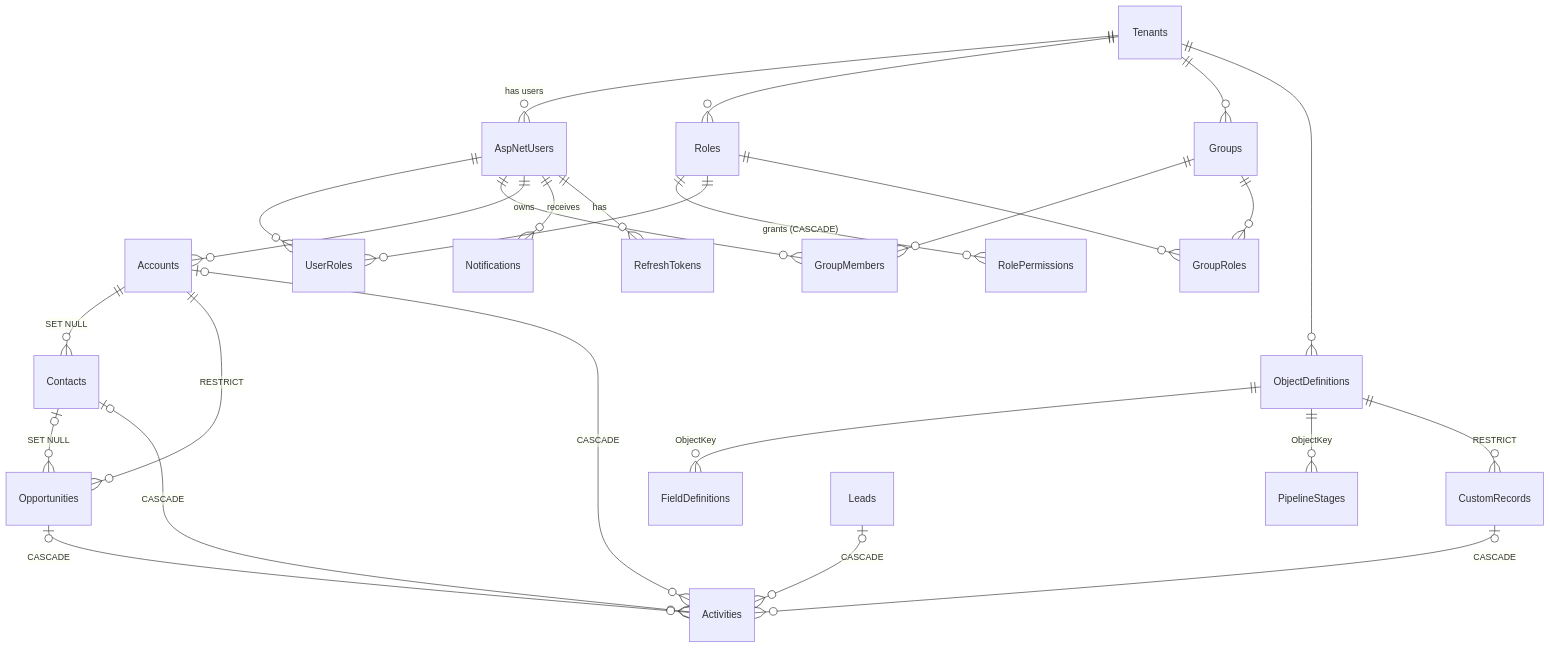
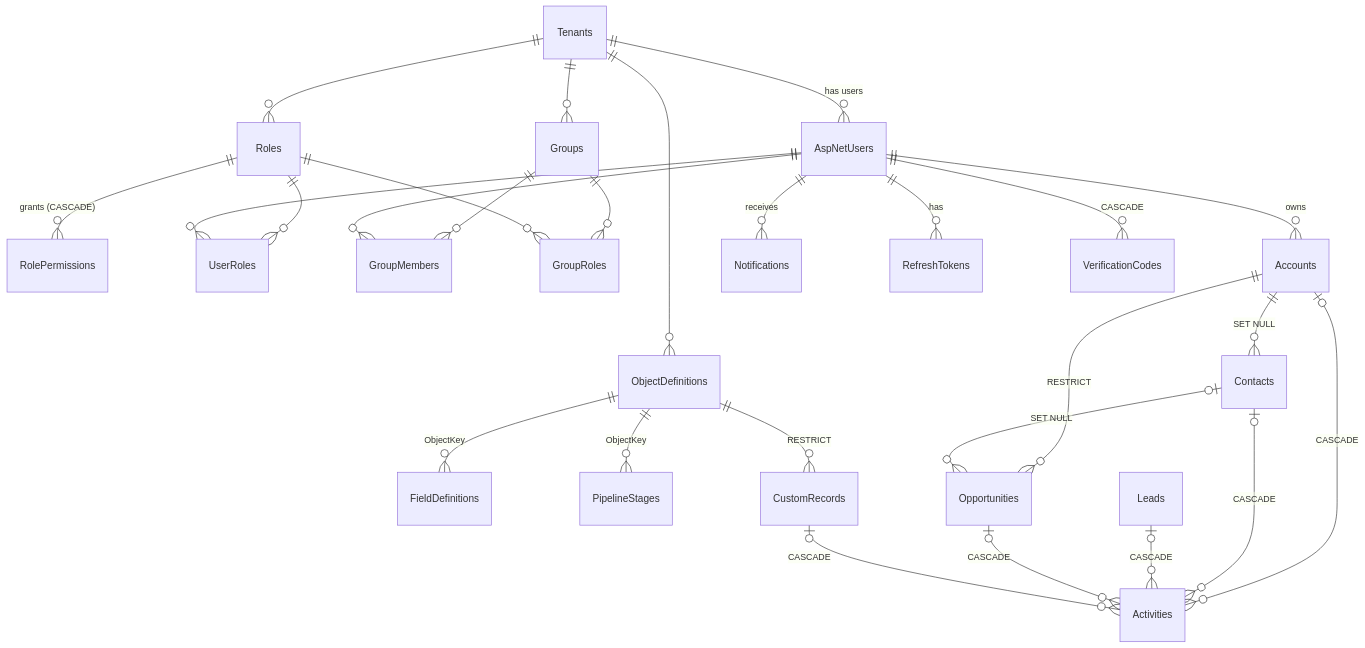
Before and after one commit to hardeepsingh-git/crm: the diagram in docs/DATA-MODEL.md, drawn with Mermaid. The commit also changed other lines of this file and 40 other files, not shown here.

````diff
--- a/docs/DATA-MODEL.md
+++ b/docs/DATA-MODEL.md
@@ -14,28 +15,29 @@
 ```mermaid
 erDiagram
     Tenants ||--o{ AspNetUsers : "has users"
     Tenants ||--o{ Roles : ""
     Tenants ||--o{ Groups : ""
     Tenants ||--o{ ObjectDefinitions : ""
     Roles ||--o{ RolePermissions : "grants (CASCADE)"
     Roles ||--o{ UserRoles : ""
     AspNetUsers ||--o{ UserRoles : ""
     Groups ||--o{ GroupMembers : ""
     AspNetUsers ||--o{ GroupMembers : ""
     Groups ||--o{ GroupRoles : ""
     Roles ||--o{ GroupRoles : ""
     ObjectDefinitions ||--o{ FieldDefinitions : "ObjectKey"
     ObjectDefinitions ||--o{ PipelineStages : "ObjectKey"
     ObjectDefinitions ||--o{ CustomRecords : "RESTRICT"
     AspNetUsers ||--o{ Accounts : owns
     Accounts ||--o{ Contacts : "SET NULL"
     Accounts ||--o{ Opportunities : "RESTRICT"
     Contacts |o--o{ Opportunities : "SET NULL"
     Accounts |o--o{ Activities : CASCADE
     Contacts |o--o{ Activities : CASCADE
     Leads |o--o{ Activities : CASCADE
     Opportunities |o--o{ Activities : CASCADE
     CustomRecords |o--o{ Activities : CASCADE
     AspNetUsers ||--o{ Notifications : receives
     AspNetUsers ||--o{ RefreshTokens : has
+    AspNetUsers ||--o{ VerificationCodes : "CASCADE"
 ```
````
